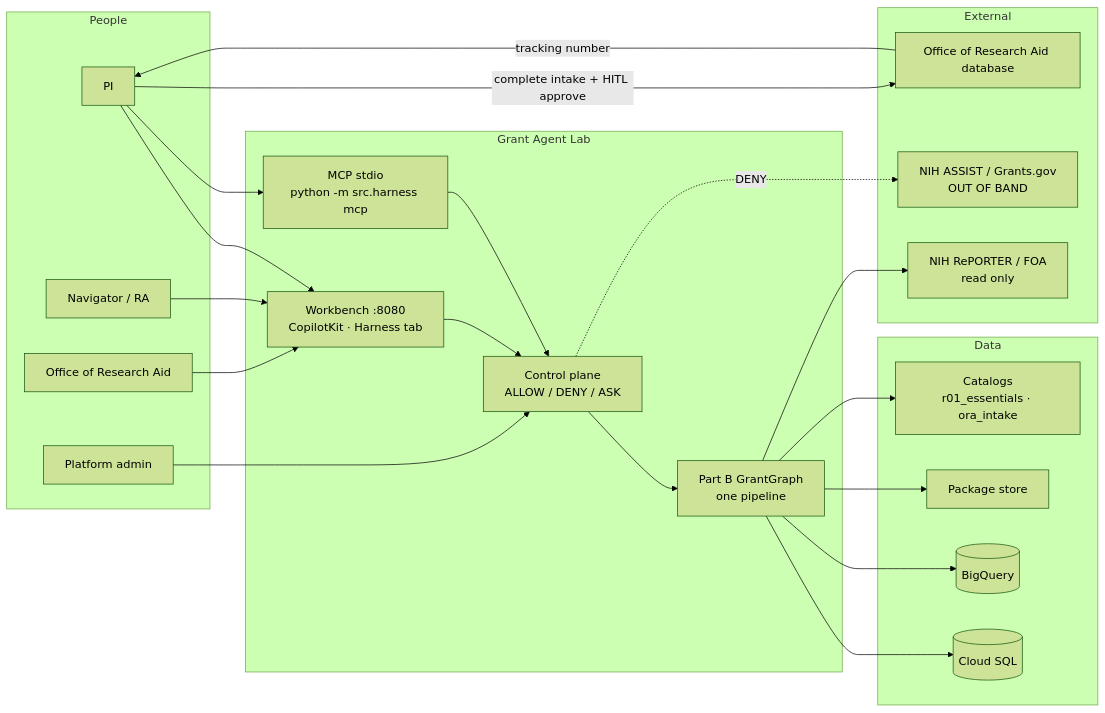
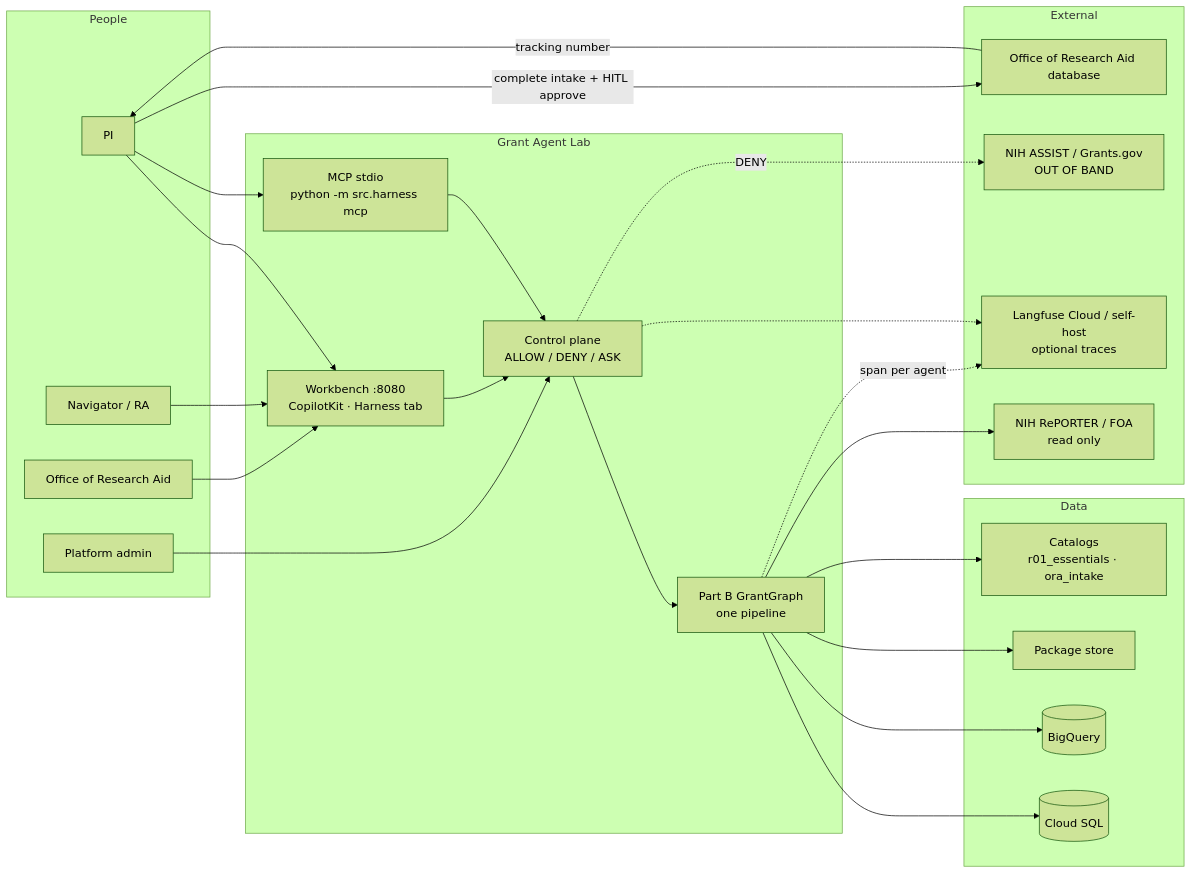
The first of 6 diagrams in docs/architecture.md (YPCC/grant-agent-lab), drawn with Mermaid (forest theme) before and after one commit. The commit also changed other lines of this file and 9 other files, not shown here.

````diff
--- a/docs/architecture.md
+++ b/docs/architecture.md
@@ -31,46 +31,49 @@
 ```mermaid
 flowchart LR
   subgraph People
     PI[PI]
     RA[Navigator / RA]
     ORA["Office of Research Aid"]
     ADM[Platform admin]
   end
 
   subgraph Lab["Grant Agent Lab"]
     UI[Workbench :8080<br/>CopilotKit · Harness tab]
     MCP[MCP stdio<br/>python -m src.harness mcp]
     CP[Control plane<br/>ALLOW / DENY / ASK]
     G[Part B GrantGraph<br/>one pipeline]
   end
 
   subgraph Data
     SQL[(Cloud SQL)]
     BQ[(BigQuery)]
     GCS[Package store]
     CAT[Catalogs<br/>r01_essentials · ora_intake]
   end
 
   subgraph External
     NIH[NIH RePORTER / FOA<br/>read only]
     ODB[Office of Research Aid database]
     ASSIST[NIH ASSIST / Grants.gov<br/>OUT OF BAND]
+    LF[Langfuse Cloud / self-host<br/>optional traces]
   end
 
   PI --> UI
   RA --> UI
   PI --> MCP
   ORA --> UI
   ADM --> CP
   UI --> CP
   MCP --> CP
   CP --> G
   G --> SQL
   G --> BQ
   G --> GCS
   G --> CAT
   G --> NIH
+  G -.->|span per agent| LF
+  CP -.-> LF
   PI -->|complete intake + HITL approve| ODB
   ODB -->|tracking number| PI
   CP -.->|DENY| ASSIST
 ```
````
